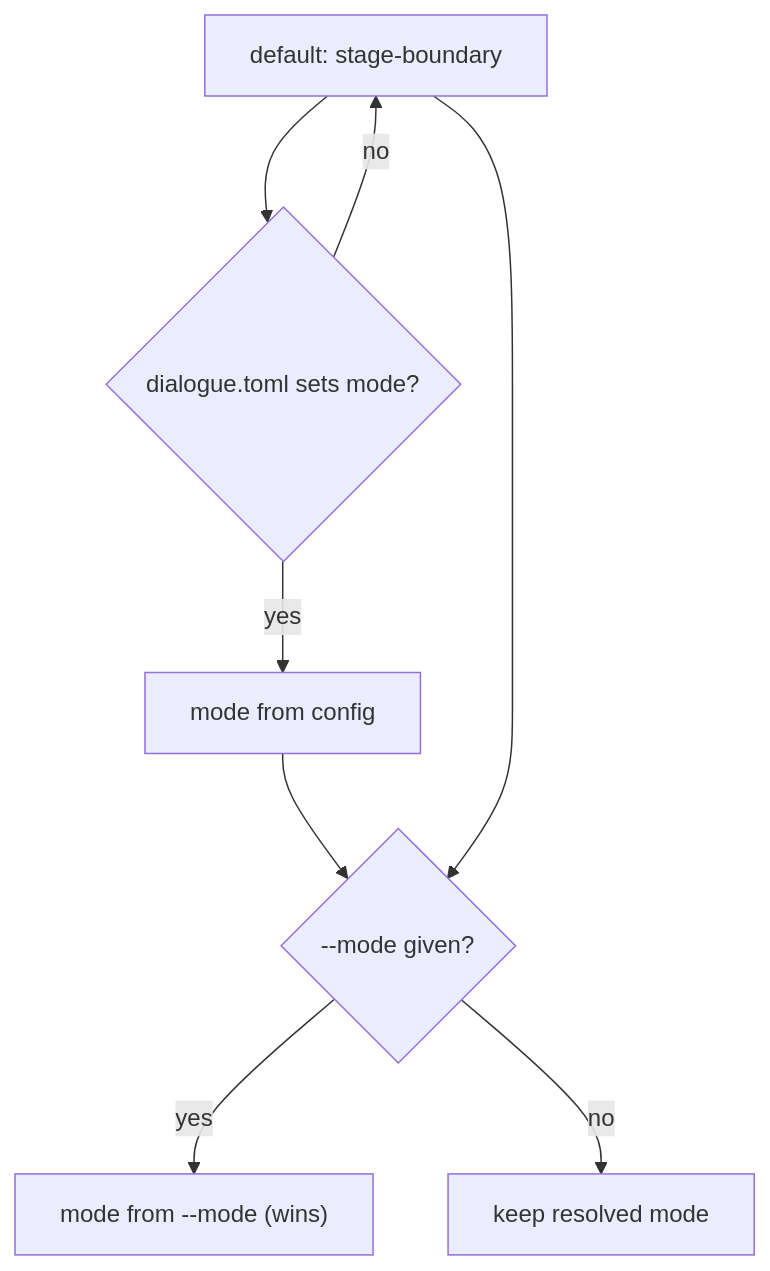
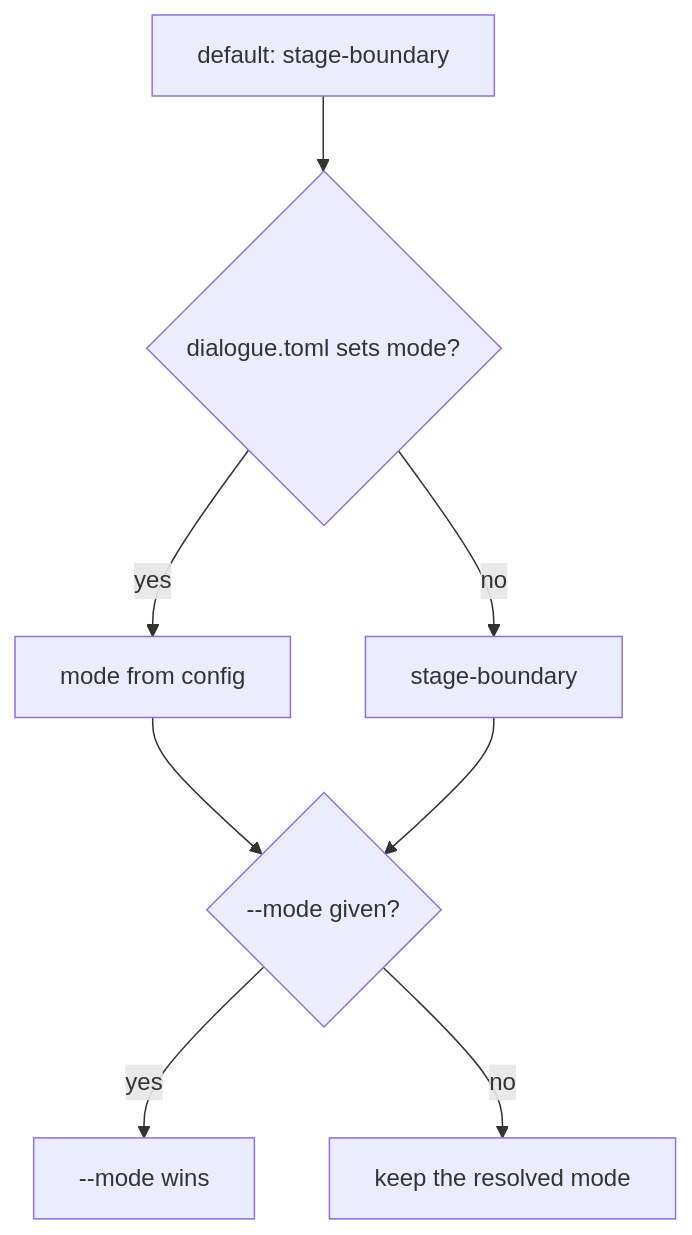
One commit to pengzhengyi/dialoguedown changed the diagram in docs/contributing/design-notes/configuration/Compilation Mode Configuration.md. Above: the diagram before and after it, drawn with Mermaid. The commit also changed other lines of this file and 124 other files, not shown here.

````diff
--- a/docs/contributing/design-notes/configuration/Compilation Mode Configuration.md
+++ b/docs/contributing/design-notes/configuration/Compilation Mode Configuration.md
@@ -238,10 +37,10 @@
 ```mermaid
 flowchart TD
   default["default: stage-boundary"] --> cfg{"dialogue.toml sets mode?"}
   cfg -- yes --> cfgval["mode from config"]
-  cfg -- no --> default
+  cfg -- no --> default2["stage-boundary"]
   cfgval --> cli{"--mode given?"}
-  default --> cli
-  cli -- yes --> clival["mode from --mode (wins)"]
-  cli -- no --> keep["keep resolved mode"]
+  default2 --> cli
+  cli -- yes --> clival["--mode wins"]
+  cli -- no --> keep["keep the resolved mode"]
 ```
````
